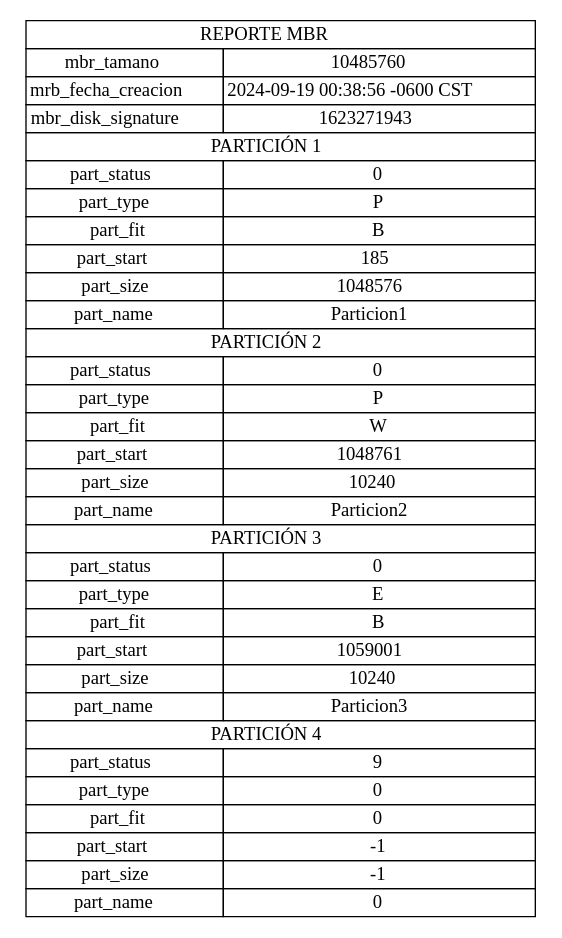
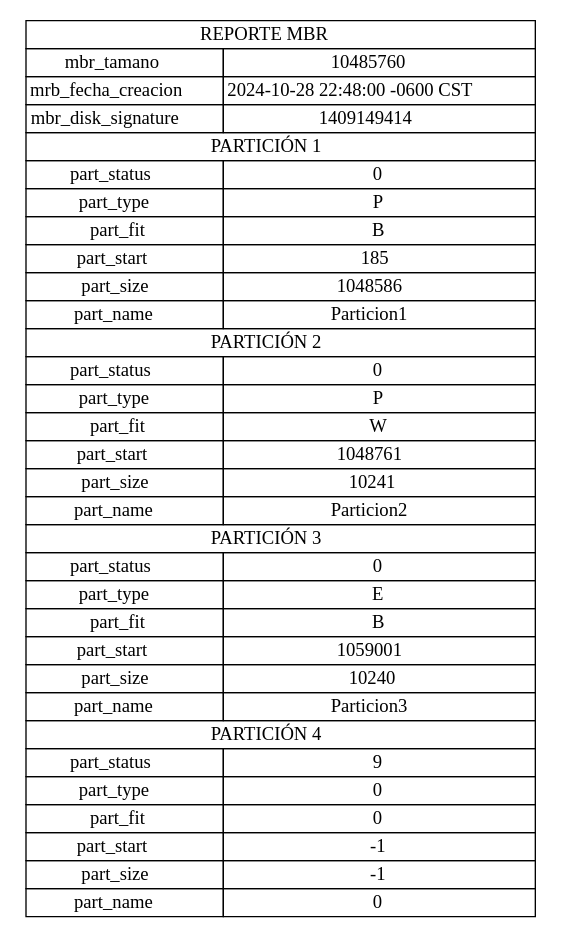
One commit to FJVicVel03/MIA_2S_P1_202111576 changed the diagram in PROYECTO/backend/salidas/report_mbr.dot. Above: the diagram before and after it, drawn with Graphviz. The commit also changed 10 other files, not shown here.

```diff
--- a/PROYECTO/backend/salidas/report_mbr.dot
+++ b/PROYECTO/backend/salidas/report_mbr.dot
@@ -1,41 +1,41 @@
 digraph G {
         node [shape=plaintext]
         tabla [label=<
             <table border="0" cellborder="1" cellspacing="0">
                 <tr><td colspan="2"> REPORTE MBR </td></tr>
                 <tr><td>mbr_tamano</td><td>10485760</td></tr>
-                <tr><td>mrb_fecha_creacion</td><td>2024-09-19 00:38:56 -0600 CST</td></tr>
-                <tr><td>mbr_disk_signature</td><td>1623271943</td></tr>
+                <tr><td>mrb_fecha_creacion</td><td>2024-10-28 22:48:00 -0600 CST</td></tr>
+                <tr><td>mbr_disk_signature</td><td>1409149414</td></tr>
             
 				<tr><td colspan="2"> PARTICIÓN 1 </td></tr>
 				<tr><td>part_status</td><td>0</td></tr>
 				<tr><td>part_type</td><td>P</td></tr>
 				<tr><td>part_fit</td><td>B</td></tr>
 				<tr><td>part_start</td><td>185</td></tr>
-				<tr><td>part_size</td><td>1048576</td></tr>
+				<tr><td>part_size</td><td>1048586</td></tr>
 				<tr><td>part_name</td><td>Particion1</td></tr>
 			
 				<tr><td colspan="2"> PARTICIÓN 2 </td></tr>
 				<tr><td>part_status</td><td>0</td></tr>
 				<tr><td>part_type</td><td>P</td></tr>
 				<tr><td>part_fit</td><td>W</td></tr>
 				<tr><td>part_start</td><td>1048761</td></tr>
-				<tr><td>part_size</td><td>10240</td></tr>
+				<tr><td>part_size</td><td>10241</td></tr>
 				<tr><td>part_name</td><td>Particion2</td></tr>
 			
 				<tr><td colspan="2"> PARTICIÓN 3 </td></tr>
 				<tr><td>part_status</td><td>0</td></tr>
 				<tr><td>part_type</td><td>E</td></tr>
 				<tr><td>part_fit</td><td>B</td></tr>
 				<tr><td>part_start</td><td>1059001</td></tr>
 				<tr><td>part_size</td><td>10240</td></tr>
 				<tr><td>part_name</td><td>Particion3</td></tr>
 			
 				<tr><td colspan="2"> PARTICIÓN 4 </td></tr>
 				<tr><td>part_status</td><td>9</td></tr>
 				<tr><td>part_type</td><td>0</td></tr>
 				<tr><td>part_fit</td><td>0</td></tr>
 				<tr><td>part_start</td><td>-1</td></tr>
 				<tr><td>part_size</td><td>-1</td></tr>
 				<tr><td>part_name</td><td>0</td></tr>
 			</table>>] }
```
